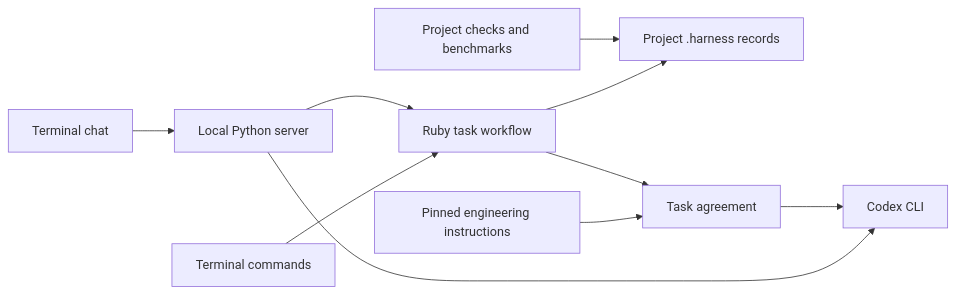
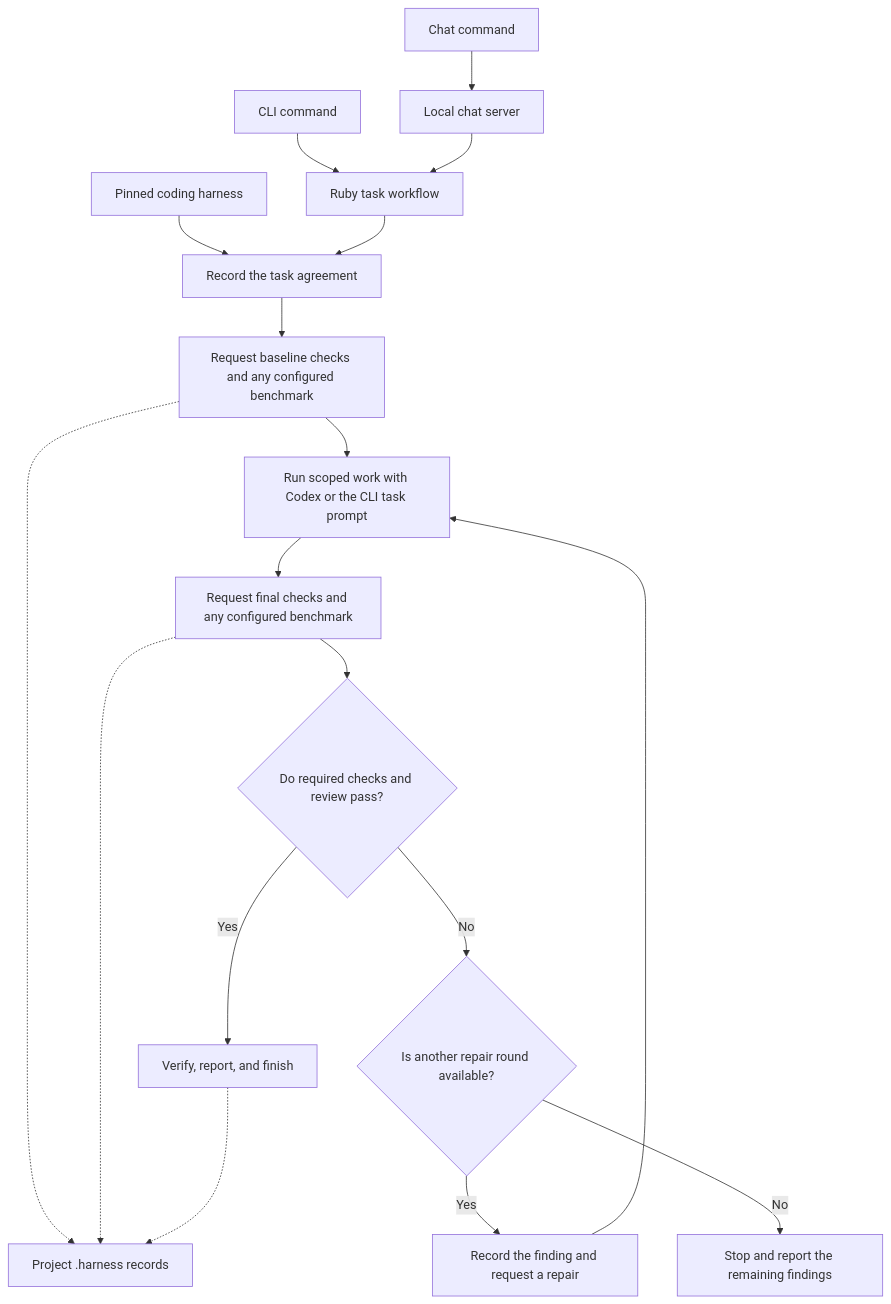
One commit to joshrice171723-creator/workbench changed the diagram in README.md. Above: the diagram before and after it, drawn with Mermaid. The commit also changed other lines of this file and 1 other file, not shown here.

Commit message:
Show when checks and repair rounds run

````diff
--- a/README.md
+++ b/README.md
@@ -12,12 +12,20 @@
 ```mermaid
-flowchart LR
-    CLI["Terminal commands"] --> Workflow["Ruby task workflow"]
-    Chat["Terminal chat"] --> Server["Local Python server"]
+flowchart TD
+    CLI["CLI command"] --> Workflow["Ruby task workflow"]
+    Chat["Chat command"] --> Server["Local chat server"]
     Server --> Workflow
-    Server --> Codex["Codex CLI"]
-    Workflow --> Records["Project .harness records"]
-    Engine["Pinned engineering instructions"] --> Agreement["Task agreement"]
+    Engine["Pinned coding harness"] --> Agreement["Record the task agreement"]
     Workflow --> Agreement
-    Agreement --> Codex
-    Checks["Project checks and benchmarks"] --> Records
+    Agreement --> Baseline["Request baseline checks and any configured benchmark"]
+    Baseline --> Work["Run scoped work with Codex or the CLI task prompt"]
+    Work --> Final["Request final checks and any configured benchmark"]
+    Final --> Review{"Do required checks and review pass?"}
+    Review -->|Yes| Finish["Verify, report, and finish"]
+    Review -->|No| Limit{"Is another repair round available?"}
+    Limit -->|Yes| Repair["Record the finding and request a repair"]
+    Repair --> Work
+    Limit -->|No| Stop["Stop and report the remaining findings"]
+    Baseline -.-> Records["Project .harness records"]
+    Final -.-> Records
+    Finish -.-> Records
 ```
````
